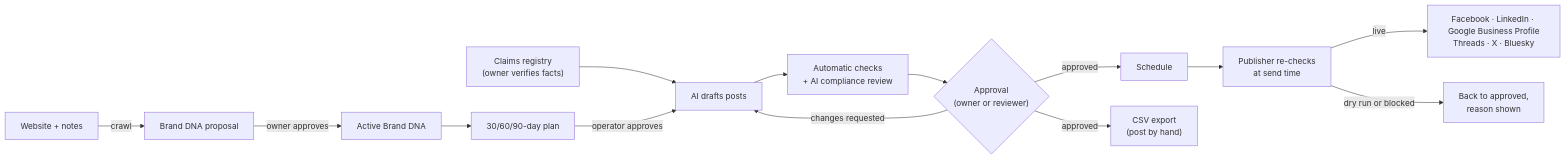
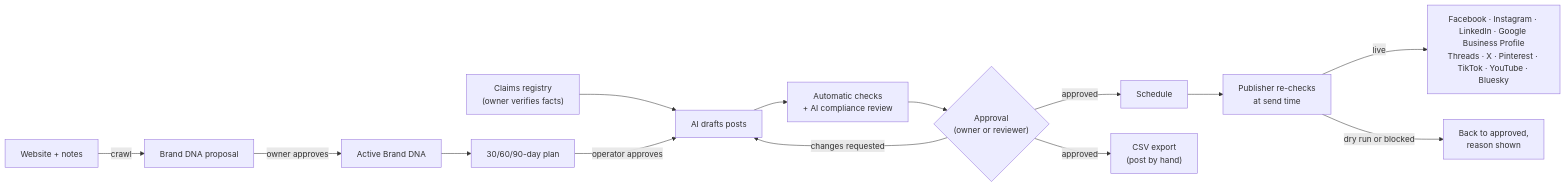
Before and after one commit to CptNope/Social-Media-Automation: the first of 5 diagrams in README.md, drawn with Mermaid. The commit also changed other lines of this file and 54 other files, not shown here.

````diff
--- a/README.md
+++ b/README.md
@@ -49,16 +49,16 @@
 ```mermaid
 flowchart LR
     A["Website + notes"] -->|crawl| B["Brand DNA proposal"]
     B -->|owner approves| C["Active Brand DNA"]
     K["Claims registry<br/>(owner verifies facts)"] --> E
     C --> D["30/60/90-day plan"]
     D -->|operator approves| E["AI drafts posts"]
     E --> F["Automatic checks<br/>+ AI compliance review"]
     F --> G{"Approval<br/>(owner or reviewer)"}
     G -->|changes requested| E
     G -->|approved| H["Schedule"]
     G -->|approved| X["CSV export<br/>(post by hand)"]
     H --> I["Publisher re-checks<br/>at send time"]
-    I -->|live| J["Facebook · LinkedIn · Google Business Profile<br/>Threads · X · Bluesky"]
+    I -->|live| J["Facebook · Instagram · LinkedIn · Google Business Profile<br/>Threads · X · Pinterest · TikTok · YouTube · Bluesky"]
     I -->|dry run or blocked| G2["Back to approved,<br/>reason shown"]
 ```
````
